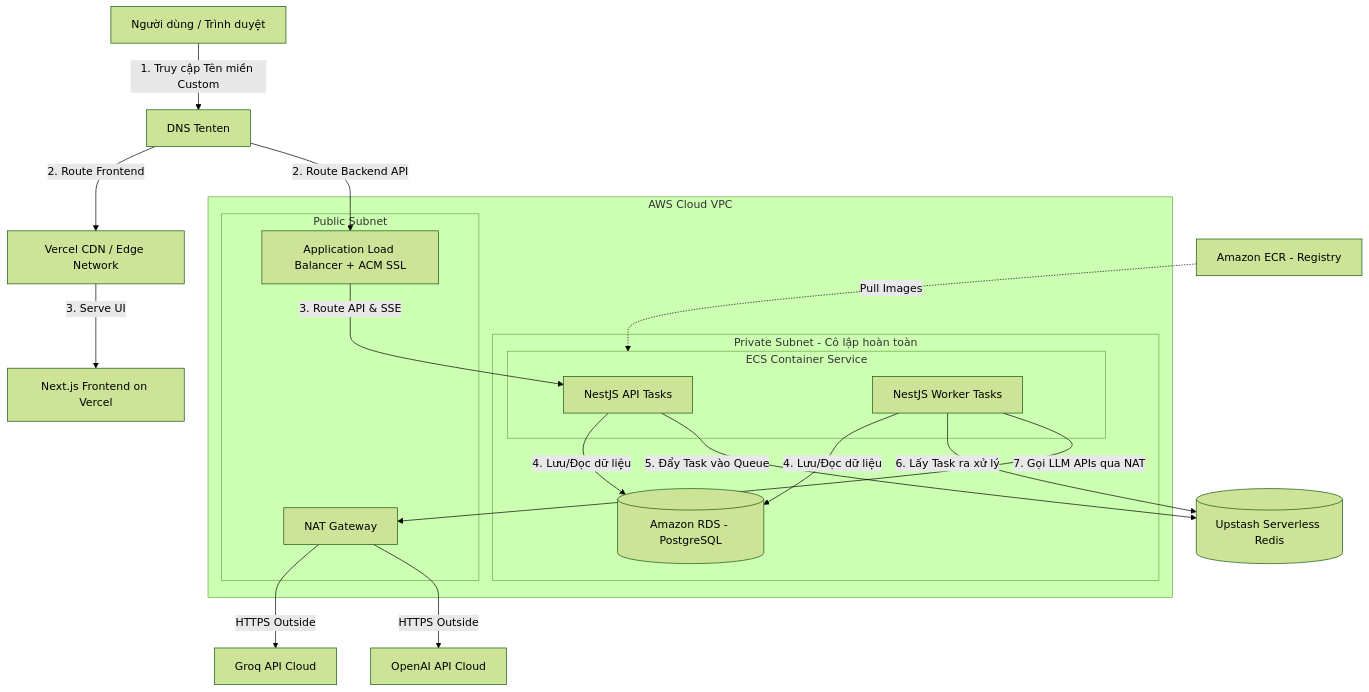
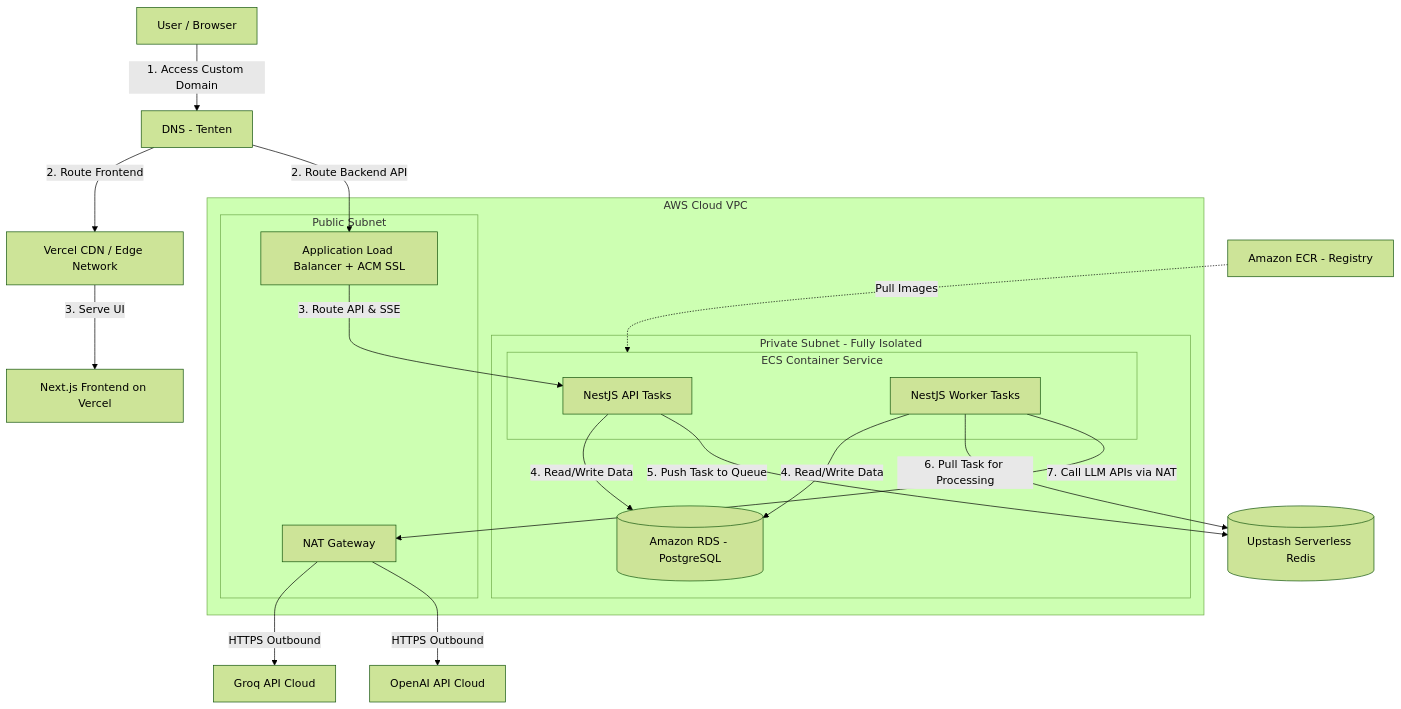
One commit to MinhThuan1807/crm-saas changed the second of 2 diagrams in README.md. Above: the diagram before and after it, drawn with Mermaid (forest theme). The commit also changed other lines of this file, not shown here.

````diff
--- a/README.md
+++ b/README.md
@@ -93,44 +93,44 @@
 ```mermaid
 graph TD
-    User[Người dùng / Trình duyệt] -->|1. Truy cập Tên miền Custom| DNS[DNS Tenten]
+    User[User / Browser] -->|1. Access Custom Domain| DNS[DNS - Tenten]
     
-    %% Phân luồng Frontend
+    %% Frontend routing
     DNS -->|2. Route Frontend| Vercel[Vercel CDN / Edge Network]
     Vercel -->|3. Serve UI| FE_App[Next.js Frontend on Vercel]
     
-    %% Phân luồng Backend
+    %% Backend routing
     DNS -->|2. Route Backend API| ALB[Application Load Balancer + ACM SSL]
     
     subgraph AWS_Cloud [AWS Cloud VPC]
         subgraph Public_Subnet [Public Subnet]
             ALB
             NAT[NAT Gateway]
         end
 
-        subgraph Private_Subnet [Private Subnet - Cô lập hoàn toàn]
+        subgraph Private_Subnet [Private Subnet - Fully Isolated]
             subgraph ECS_Cluster [ECS Container Service]
                 BE_Tasks[NestJS API Tasks]
                 Worker_Tasks[NestJS Worker Tasks]
             end
 
             RDS[(Amazon RDS - PostgreSQL)]
         end
     end
 
-    %% Mối quan hệ với Docker Image
+    %% Relationship with Docker images
     ECR[Amazon ECR - Registry] -.->|Pull Images| ECS_Cluster
 
-    %% Luồng API và Workers
+    %% API and worker flow
     ALB -->|3. Route API & SSE| BE_Tasks
-    BE_Tasks -->|4. Lưu/Đọc dữ liệu| RDS
-    Worker_Tasks -->|4. Lưu/Đọc dữ liệu| RDS
+    BE_Tasks -->|4. Read/Write Data| RDS
+    Worker_Tasks -->|4. Read/Write Data| RDS
 
-    %% Kết nối Redis Serverless Upstash
-    BE_Tasks -->|5. Đẩy Task vào Queue| Upstash[(Upstash Serverless Redis)]
-    Worker_Tasks -->|6. Lấy Task ra xử lý| Upstash
+    %% Upstash serverless Redis connection
+    BE_Tasks -->|5. Push Task to Queue| Upstash[(Upstash Serverless Redis)]
+    Worker_Tasks -->|6. Pull Task for Processing| Upstash
 
-    %% Kết nối API bên ngoài
-    Worker_Tasks -->|7. Gọi LLM APIs qua NAT| NAT
-    NAT -->|HTTPS Outside| Groq[Groq API Cloud]
-    NAT -->|HTTPS Outside| OpenAI[OpenAI API Cloud]
+    %% External API connections
+    Worker_Tasks -->|7. Call LLM APIs via NAT| NAT
+    NAT -->|HTTPS Outbound| Groq[Groq API Cloud]
+    NAT -->|HTTPS Outbound| OpenAI[OpenAI API Cloud]
 ```
````
